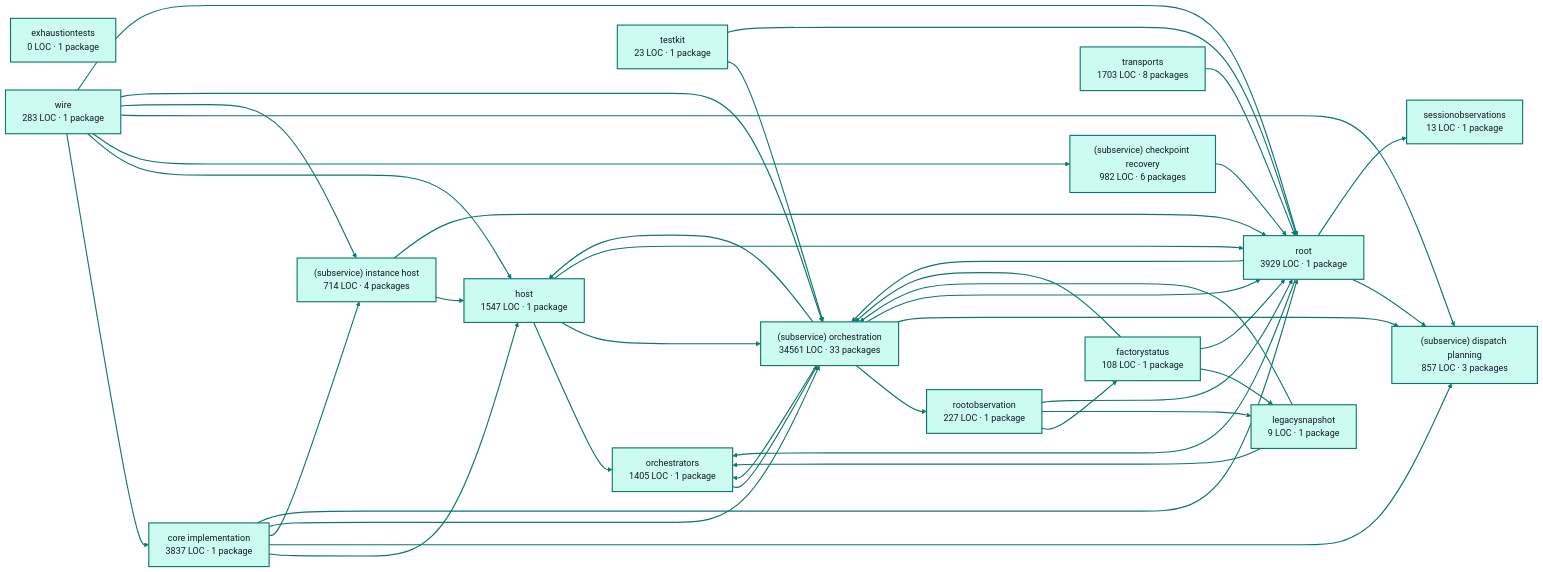
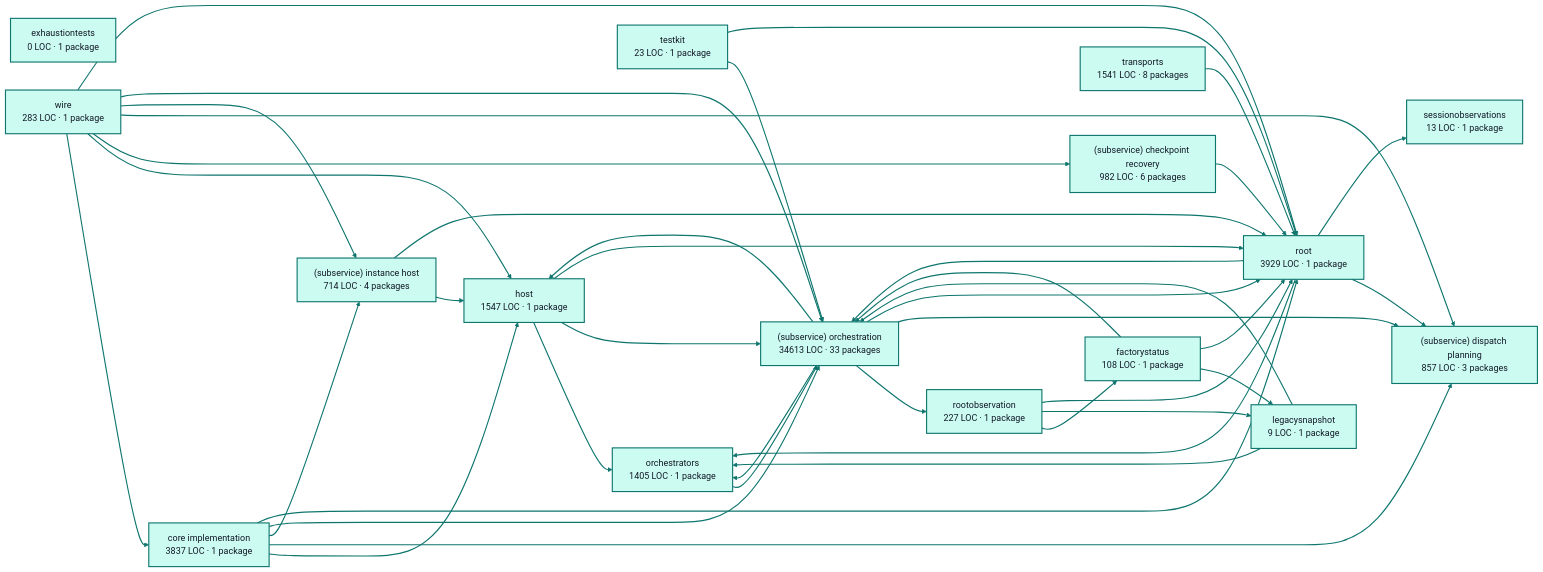
One commit to portpowered/you-agent-factory changed the diagram in docs/architecture/visualizations/services/factory_runtime.md. Above: the diagram before and after it, drawn with Mermaid (base theme). The commit also changed other lines of this file and 20 other files, not shown here.

Commit message:
docs: refresh backend architecture visualizations

````diff
--- a/docs/architecture/visualizations/services/factory_runtime.md
+++ b/docs/architecture/visualizations/services/factory_runtime.md
@@ -11,75 +11,75 @@
 ```mermaid
 flowchart LR
   p0["core implementation<br/>3837 LOC · 1 package"]
   p1["exhaustiontests<br/>0 LOC · 1 package"]
   p2["factorystatus<br/>108 LOC · 1 package"]
   p3["host<br/>1547 LOC · 1 package"]
   p4["legacysnapshot<br/>9 LOC · 1 package"]
   p5["orchestrators<br/>1405 LOC · 1 package"]
   p6["rootobservation<br/>227 LOC · 1 package"]
   p7["(subservice) checkpoint recovery<br/>982 LOC · 6 packages"]
   p8["(subservice) dispatch planning<br/>857 LOC · 3 packages"]
   p9["(subservice) instance host<br/>714 LOC · 4 packages"]
-  p10["(subservice) orchestration<br/>34561 LOC · 33 packages"]
+  p10["(subservice) orchestration<br/>34613 LOC · 33 packages"]
   p11["sessionobservations<br/>13 LOC · 1 package"]
   p12["testkit<br/>23 LOC · 1 package"]
   p13["root<br/>3929 LOC · 1 package"]
-  p14["transports<br/>1703 LOC · 8 packages"]
+  p14["transports<br/>1541 LOC · 8 packages"]
   p15["wire<br/>283 LOC · 1 package"]
   p0 --> p3
   p0 --> p8
   p0 --> p9
   p0 --> p10
   p0 --> p13
   p2 --> p4
   p2 --> p10
   p2 --> p13
   p3 --> p5
   p3 --> p10
   p3 --> p13
   p4 --> p5
   p4 --> p10
   p5 --> p10
   p6 --> p2
   p6 --> p4
   p6 --> p13
   p7 --> p13
   p9 --> p3
   p9 --> p13
   p10 --> p3
   p10 --> p5
   p10 --> p6
   p10 --> p8
   p10 --> p13
   p12 --> p10
   p12 --> p13
   p13 --> p5
   p13 --> p8
   p13 --> p10
   p13 --> p11
   p14 --> p13
   p15 --> p0
   p15 --> p3
   p15 --> p7
   p15 --> p8
   p15 --> p9
   p15 --> p10
   p15 --> p13
   style p0 fill:#ccfbf1,stroke:#0f766e,stroke-width:2px,color:#111827
   style p1 fill:#ccfbf1,stroke:#0f766e,stroke-width:2px,color:#111827
   style p2 fill:#ccfbf1,stroke:#0f766e,stroke-width:2px,color:#111827
   style p3 fill:#ccfbf1,stroke:#0f766e,stroke-width:2px,color:#111827
   style p4 fill:#ccfbf1,stroke:#0f766e,stroke-width:2px,color:#111827
   style p5 fill:#ccfbf1,stroke:#0f766e,stroke-width:2px,color:#111827
   style p6 fill:#ccfbf1,stroke:#0f766e,stroke-width:2px,color:#111827
   style p7 fill:#ccfbf1,stroke:#0f766e,stroke-width:2px,color:#111827
   style p8 fill:#ccfbf1,stroke:#0f766e,stroke-width:2px,color:#111827
   style p9 fill:#ccfbf1,stroke:#0f766e,stroke-width:2px,color:#111827
   style p10 fill:#ccfbf1,stroke:#0f766e,stroke-width:2px,color:#111827
   style p11 fill:#ccfbf1,stroke:#0f766e,stroke-width:2px,color:#111827
   style p12 fill:#ccfbf1,stroke:#0f766e,stroke-width:2px,color:#111827
   style p13 fill:#ccfbf1,stroke:#0f766e,stroke-width:2px,color:#111827
   style p14 fill:#ccfbf1,stroke:#0f766e,stroke-width:2px,color:#111827
   style p15 fill:#ccfbf1,stroke:#0f766e,stroke-width:2px,color:#111827
   linkStyle default stroke:#0f766e,stroke-width:2px
 ```
````
